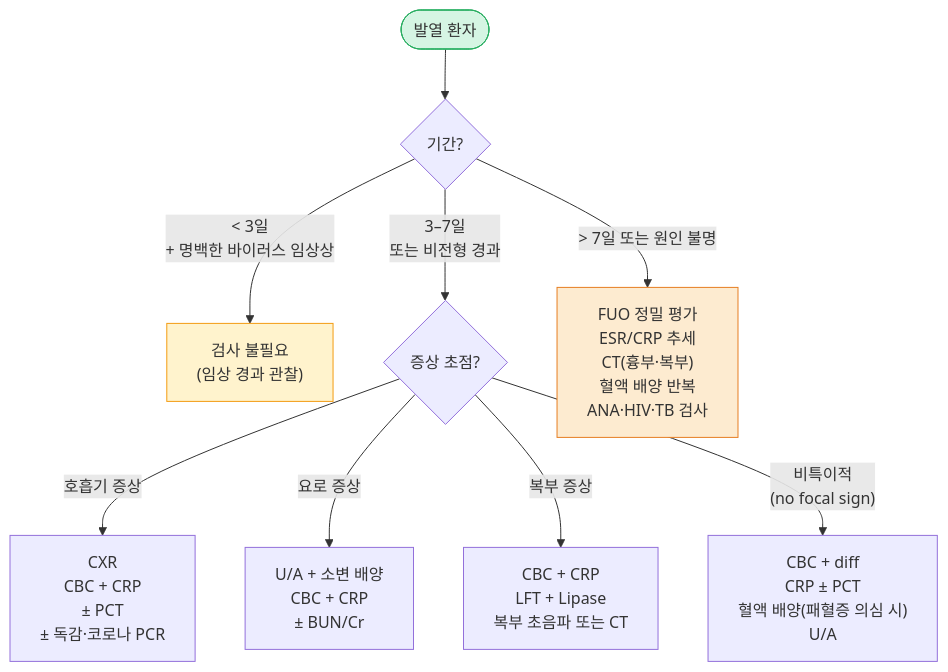
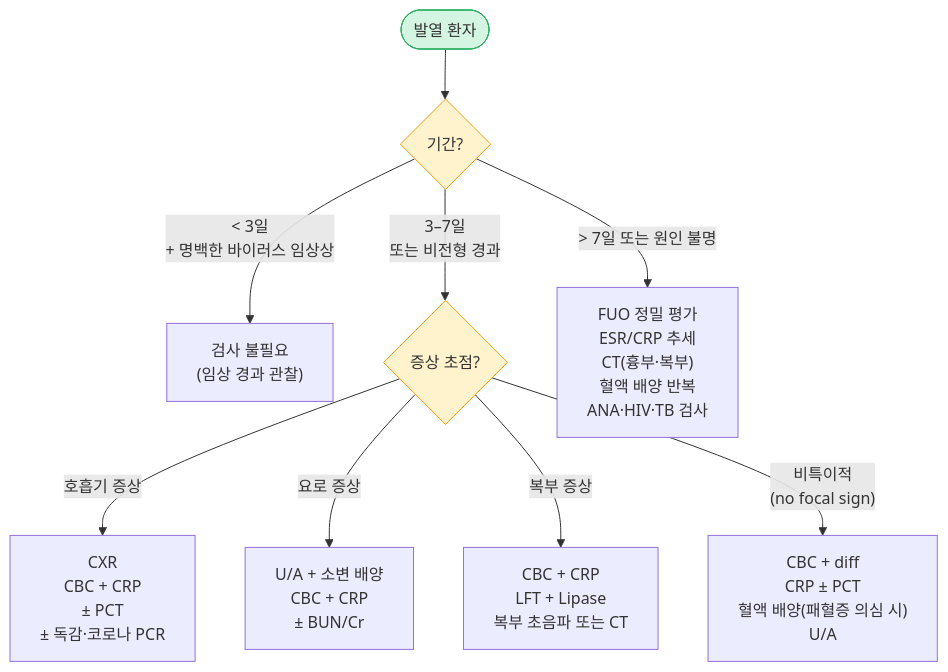
Before and after one commit to familyoh77/familyoh77: the first of 2 diagrams in 220_/011_-fever.md, drawn with Mermaid. The commit also changed other lines of this file, not shown here.

````diff
--- a/220_/011_-fever.md
+++ b/220_/011_-fever.md
@@ -96,14 +96,17 @@
 ```mermaid
 graph TD
     A([발열 환자]) --> B{기간?}
     B -->|"< 3일<br/>+ 명백한 바이러스 임상상"| C["검사 불필요<br/>(임상 경과 관찰)"]
     B -->|"3–7일<br/>또는 비전형 경과"| D{증상 초점?}
     D -->|호흡기 증상| E["CXR<br/>CBC + CRP<br/>± PCT<br/>± 독감·코로나 PCR"]
     D -->|요로 증상| F["U/A + 소변 배양<br/>CBC + CRP<br/>± BUN/Cr"]
     D -->|복부 증상| G["CBC + CRP<br/>LFT + Lipase<br/>복부 초음파 또는 CT"]
     D -->|"비특이적<br/>(no focal sign)"| H["CBC + diff<br/>CRP ± PCT<br/>혈액 배양(패혈증 의심 시)<br/>U/A"]
     B -->|"> 7일 또는 원인 불명"| I["FUO 정밀 평가<br/>ESR/CRP 추세<br/>CT(흉부·복부)<br/>혈액 배양 반복<br/>ANA·HIV·TB 검사"]
-    style A fill:#d5f5e3,stroke:#27ae60
-    style C fill:#fff3cd,stroke:#f39c12
-    style I fill:#fdebd0,stroke:#e67e22
+
+    classDef green  fill:#d5f5e3,stroke:#27ae60
+    classDef yellow fill:#fff3cd,stroke:#f39c12
+    class A green
+    class B,D yellow
+
 ```
````
